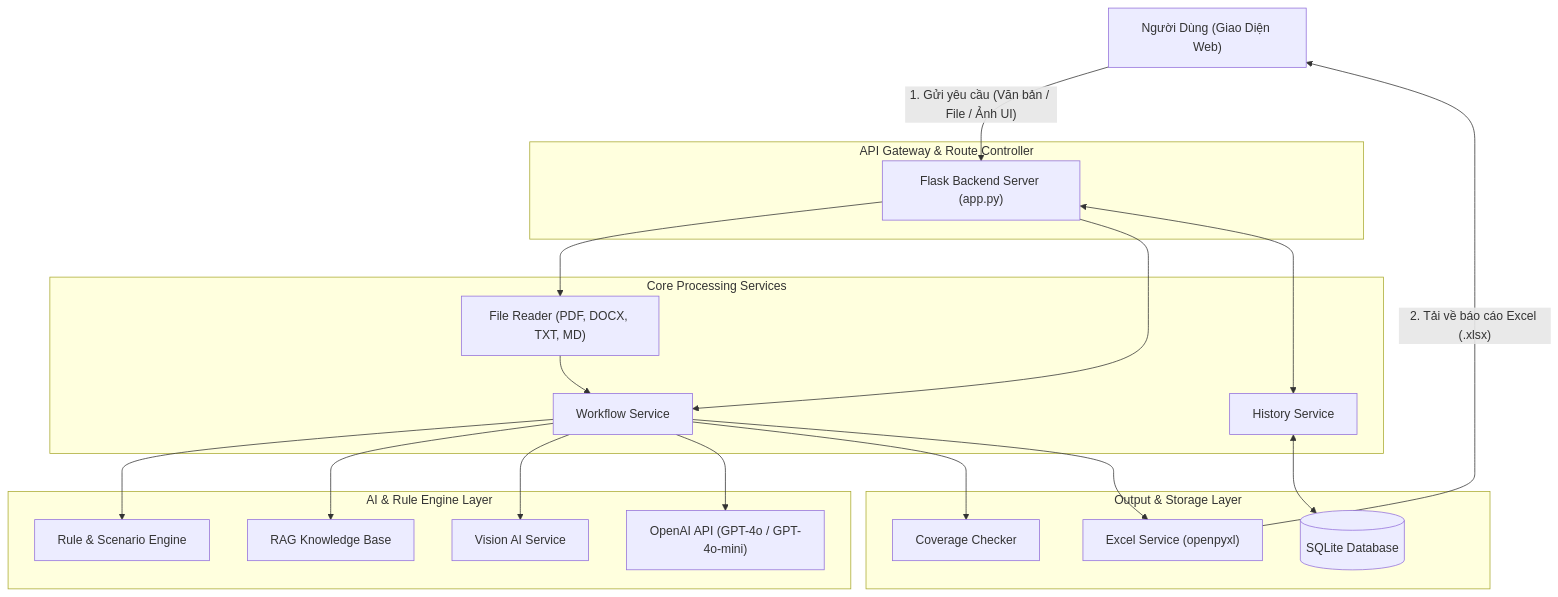
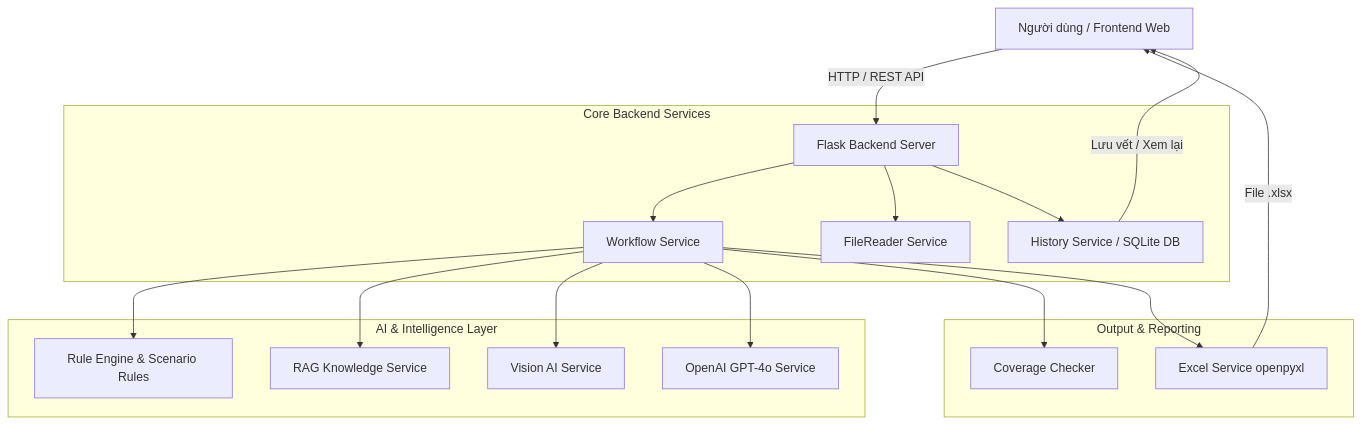
Before and after one commit to tranbao0205-it/AI-TestCase-Generator: the diagram in README.md, drawn with Mermaid. The commit also changed other lines of this file, not shown here.

````diff
--- a/README.md
+++ b/README.md
@@ -39,45 +39,25 @@
 ```mermaid
-flowchart TD
-    User[" Người Dùng (Giao Diện Web)"]
+graph TD
+    A[Người dùng / Frontend Web] -->|HTTP / REST API| B[Flask Backend Server]
     
-    subgraph Gateway [" API Gateway & Route Controller"]
-        Flask["  Flask Backend Server (app.py)"]
+    subgraph "Core Backend Services"
+        B --> C[Workflow Service]
+        B --> D[FileReader Service]
+        B --> E[History Service / SQLite DB]
     end
 
-    subgraph Services ["  Core Processing Services"]
-        FileReader["  File Reader (PDF, DOCX, TXT, MD)"]
-        Workflow["  Workflow Service"]
-        History["  History Service"]
+    subgraph "AI & Intelligence Layer"
+        C --> F[Rule Engine & Scenario Rules]
+        C --> G[RAG Knowledge Service]
+        C --> H[Vision AI Service]
+        C --> I[OpenAI GPT-4o Service]
     end
 
-    subgraph Intelligence ["  AI & Rule Engine Layer"]
-        RuleEngine["  Rule & Scenario Engine"]
-        RAG["  RAG Knowledge Base"]
-        VisionAI["  Vision AI Service"]
-        OpenAI["  OpenAI API (GPT-4o / GPT-4o-mini)"]
+    subgraph "Output & Reporting"
+        C --> J[Coverage Checker]
+        C --> K[Excel Service openpyxl]
     end
 
-    subgraph Output ["  Output & Storage Layer"]
-        Coverage["  Coverage Checker"]
-        Excel["  Excel Service (openpyxl)"]
-        DB[("  SQLite Database")]
-    end
-
-    User -->|"1. Gửi yêu cầu (Văn bản / File / Ảnh UI)"| Flask
-    
-    Flask --> FileReader
-    Flask --> Workflow
-    Flask <--> History
-
-    FileReader --> Workflow
-    Workflow --> RuleEngine
-    Workflow --> RAG
-    Workflow --> VisionAI
-    Workflow --> OpenAI
-
-    Workflow --> Coverage
-    Workflow --> Excel
-    History <--> DB
-
-    Excel -->|"2. Tải về báo cáo Excel (.xlsx)"| User
+    K -->|File .xlsx| A
+    E -->|Lưu vết / Xem lại| A
 ```
````
